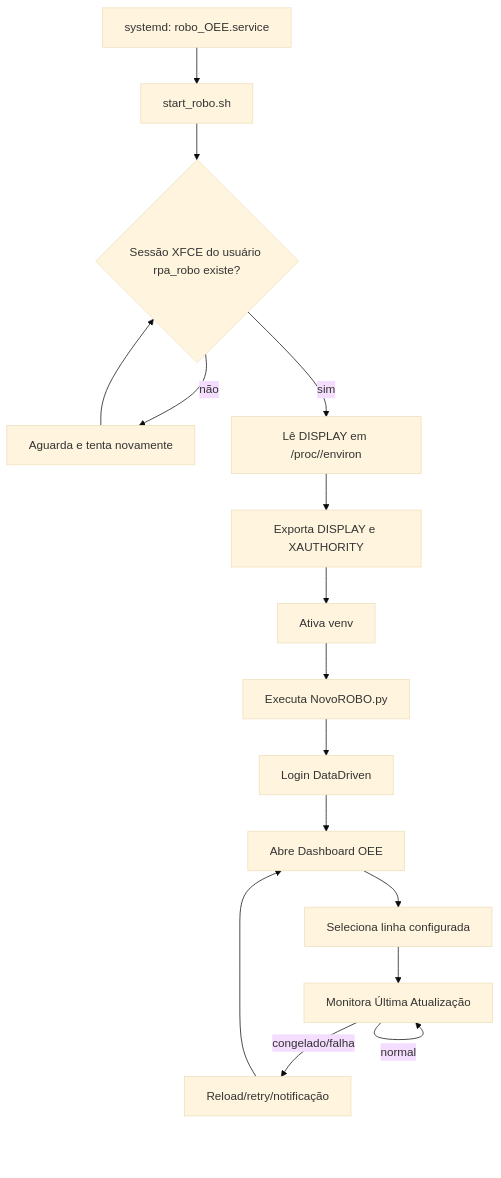
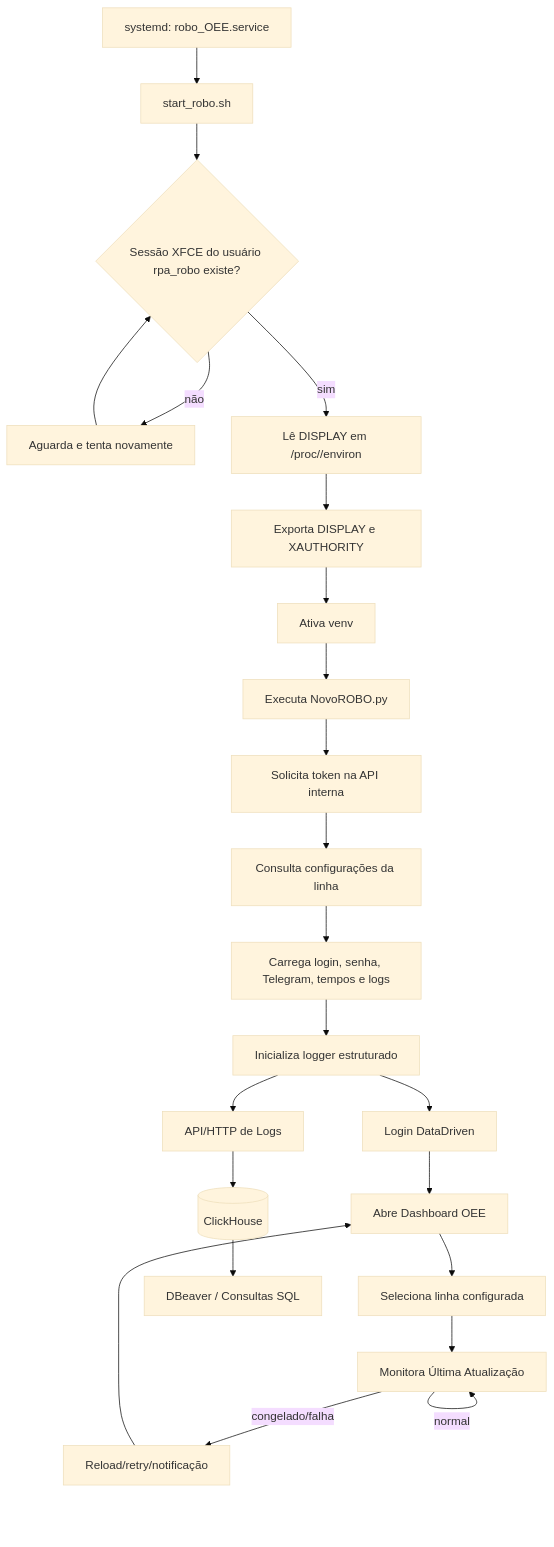
The diagram in README.md (victorbonicenha/Robo_MQB_TV), drawn with Mermaid (base theme) before and after one commit. The commit also changed other lines of this file, not shown here.

````diff
--- a/README.md
+++ b/README.md
@@ -46,18 +64,29 @@
 ```mermaid
 flowchart TD
     A[systemd: robo_OEE.service] --> B[start_robo.sh]
     B --> C{Sessão XFCE do usuário rpa_robo existe?}
     C -- não --> D[Aguarda e tenta novamente]
     D --> C
     C -- sim --> E[Lê DISPLAY em /proc/<pid>/environ]
     E --> F[Exporta DISPLAY e XAUTHORITY]
     F --> G[Ativa venv]
     G --> H[Executa NovoROBO.py]
-    H --> I[Login DataDriven]
-    I --> J[Abre Dashboard OEE]
-    J --> K[Seleciona linha configurada]
-    K --> L[Monitora Última Atualização]
-    L -- normal --> L
-    L -- congelado/falha --> M[Reload/retry/notificação]
-    M --> J
+
+    H --> I[Solicita token na API interna]
+    I --> J[Consulta configurações da linha]
+    J --> K[Carrega login, senha, Telegram, tempos e logs]
+    K --> L[Inicializa logger estruturado]
+
+    L --> M[Login DataDriven]
+    M --> N[Abre Dashboard OEE]
+    N --> O[Seleciona linha configurada]
+    O --> P[Monitora Última Atualização]
+
+    P -- normal --> P
+    P -- congelado/falha --> Q[Reload/retry/notificação]
+    Q --> N
+
+    L --> R[API/HTTP de Logs]
+    R --> S[(ClickHouse)]
+    S --> T[DBeaver / Consultas SQL]
 ```
````
